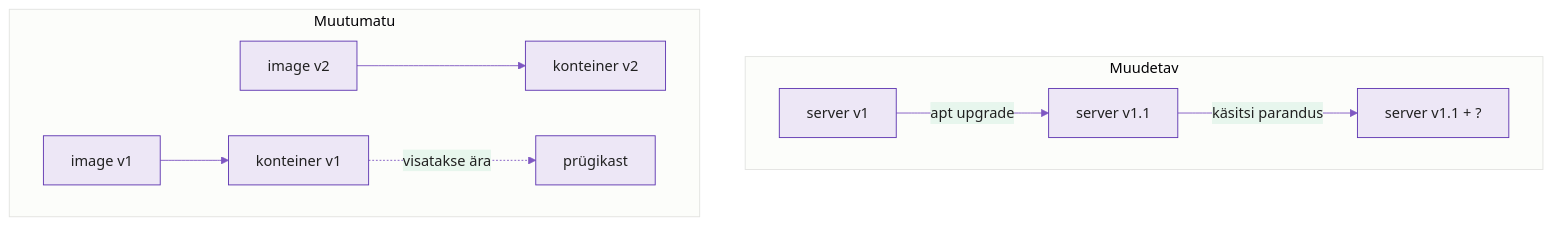
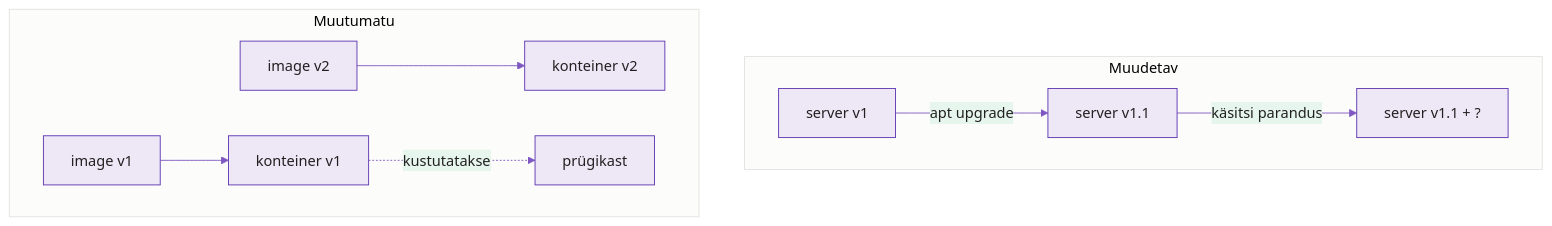
The fourth of 5 diagrams in docs/week09/lecture.md (hkhk-automation/devops), drawn with Mermaid before and after one commit. The commit also changed other lines of this file and 13 other files, not shown here.

````diff
--- a/docs/week09/lecture.md
+++ b/docs/week09/lecture.md
@@ -262,12 +236,12 @@
 ```mermaid
 %%{init: {'theme':'base','themeVariables':{'primaryColor':'#ede7f6','primaryBorderColor':'#5e35b1','primaryTextColor':'#212121','lineColor':'#7e57c2'}}}%%
 graph TB
     subgraph M["Muudetav"]
         M1[server v1] -->|apt upgrade| M2[server v1.1] -->|käsitsi parandus| M3["server v1.1 + ?"]
     end
     subgraph U["Muutumatu"]
         U1[image v1] --> C1[konteiner v1]
         U2[image v2] --> C2[konteiner v2]
-        C1 -. visatakse ära .-> X[prügikast]
+        C1 -. kustutatakse .-> X[prügikast]
     end
 ```
````
